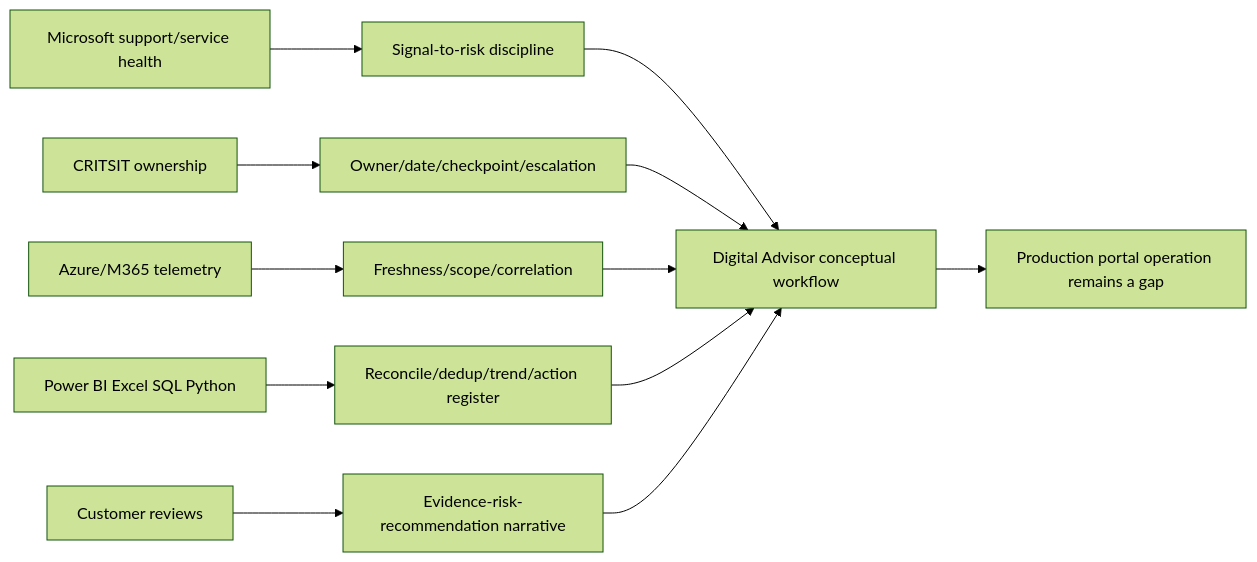
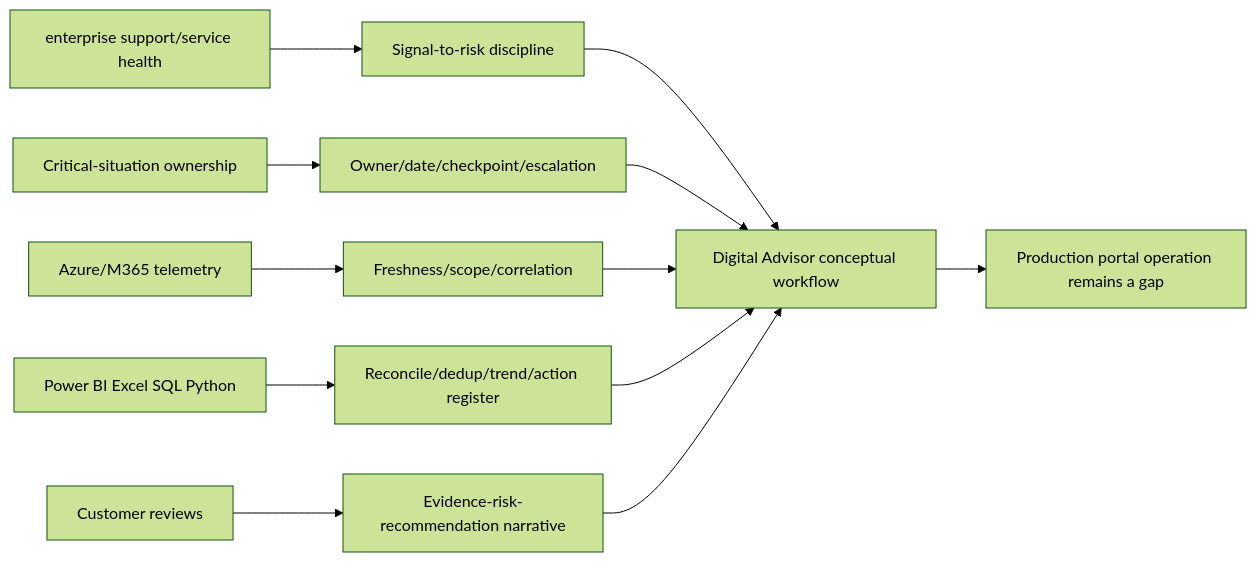
Before and after one commit to hichauhan-in/Interview-Prep: diagram 23 of 24 in NetApp TAM/prep/Part-48-active-iq-digital-advisor-wellness.md, drawn with Mermaid (forest theme). The commit also changed other lines of this file and 493 other files, not shown here.

````diff
--- a/NetApp TAM/prep/Part-48-active-iq-digital-advisor-wellness.md
+++ b/NetApp TAM/prep/Part-48-active-iq-digital-advisor-wellness.md
@@ -635,14 +635,14 @@
 ```mermaid
 flowchart LR
-    MS[Microsoft support/service health] --> RISK[Signal-to-risk discipline]
-    CRIT[CRITSIT ownership] --> ACT[Owner/date/checkpoint/escalation]
+    MS[enterprise support/service health] --> RISK[Signal-to-risk discipline]
+    CRIT[Critical-situation ownership] --> ACT[Owner/date/checkpoint/escalation]
     AZ[Azure/M365 telemetry] --> FRESH[Freshness/scope/correlation]
     BI[Power BI Excel SQL Python] --> CLEAN[Reconcile/dedup/trend/action register]
     REVIEW[Customer reviews] --> STORY[Evidence-risk-recommendation narrative]
     RISK --> DA[Digital Advisor conceptual workflow]
     ACT --> DA
     FRESH --> DA
     CLEAN --> DA
     STORY --> DA
     DA --> GAP[Production portal operation remains a gap]
 ```
````
